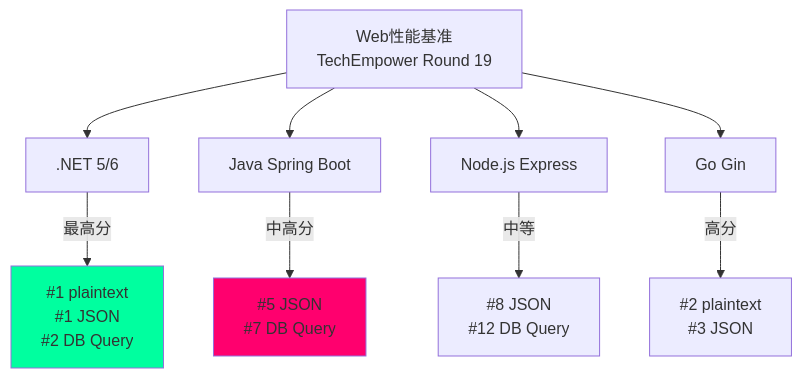
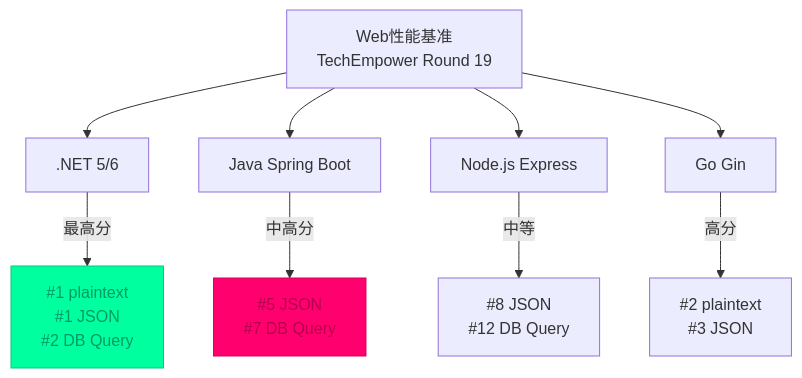
One commit to FreezeSoul/freezesoul.github.com changed the third of 3 diagrams in _posts/2021-06-15-dotnet-cross-platform.md. Above: the diagram before and after it, drawn with Mermaid. The commit also changed other lines of this file and 9 other files, not shown here.

Commit message:
修正mermaid配色与要求

````diff
--- a/_posts/2021-06-15-dotnet-cross-platform.md
+++ b/_posts/2021-06-15-dotnet-cross-platform.md
@@ -782,15 +782,15 @@
 ```mermaid
 graph TD
     A[Web性能基准<br/>TechEmpower Round 19] --> B[.NET 5/6]
     A --> C[Java Spring Boot]
     A --> D[Node.js Express]
     A --> E[Go Gin]
 
     B -->|最高分| F["#1 plaintext<br/>#1 JSON<br/>#2 DB Query"]
     C -->|中高分| G[#5 JSON<br/>#7 DB Query]
     E -->|高分| H[#2 plaintext<br/>#3 JSON]
     D -->|中等| I[#8 JSON<br/>#12 DB Query]
 
-    style F fill:#00ff9f
-    style G fill:#ff006e
+    style F fill:#00ff9f,stroke:#00cc7f,color:#009966
+    style G fill:#ff006e,stroke:#d6005c,color:#b3004e
 ```
````
